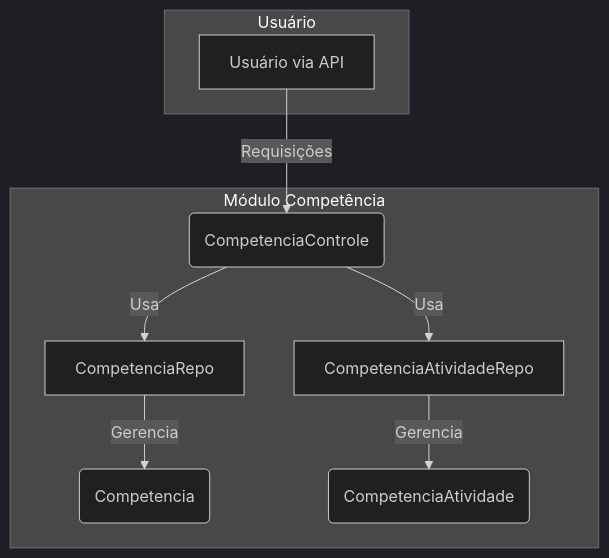
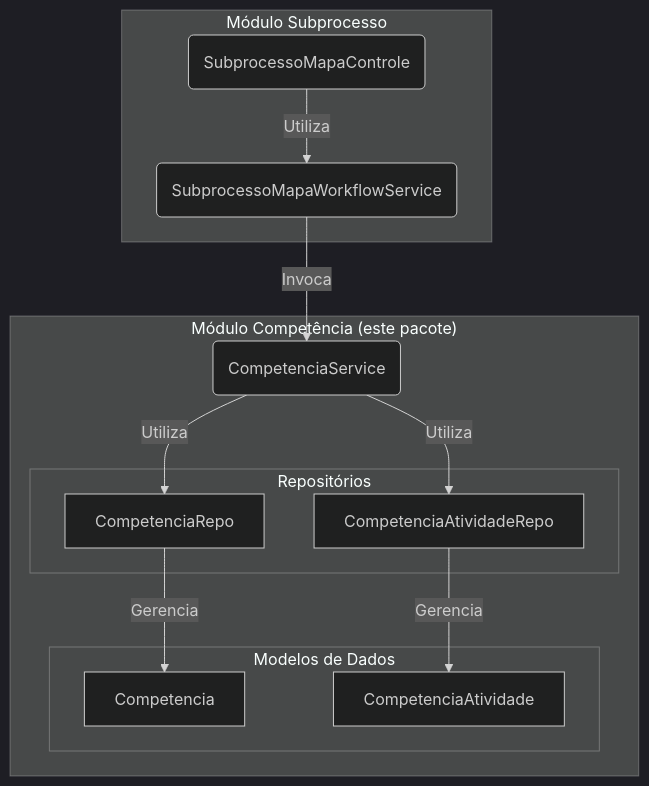
One commit to lgalvao/sgc changed the diagram in backend/src/main/java/sgc/competencia/README.md. Above: the diagram before and after it, drawn with Mermaid (dark theme). The commit also changed other lines of this file and 603 other files, not shown here.

````diff
--- a/backend/src/main/java/sgc/competencia/README.md
+++ b/backend/src/main/java/sgc/competencia/README.md
@@ -36,22 +11,27 @@
 ```mermaid
 graph TD
-    subgraph "Usuário"
-        U[Usuário via API]
+    subgraph "Módulo Subprocesso"
+        Controle(SubprocessoMapaControle)
+        WorkflowService(SubprocessoMapaWorkflowService)
     end
 
-    subgraph "Módulo Competência"
-        CC(CompetenciaControle)
-
-        CR[CompetenciaRepo]
-        CAR[CompetenciaAtividadeRepo]
-
-        C_E(Competencia)
-        CA_E(CompetenciaAtividade)
+    subgraph "Módulo Competência (este pacote)"
+        Service(CompetenciaService)
+        subgraph "Repositórios"
+            CompetenciaRepo
+            CompetenciaAtividadeRepo
+        end
+        subgraph "Modelos de Dados"
+            Competencia
+            CompetenciaAtividade
+        end
     end
 
-    U -- Requisições --> CC
-    CC -- Usa --> CR
-    CC -- Usa --> CAR
-    CR -- Gerencia --> C_E
-    CAR -- Gerencia --> CA_E
+    Controle -- Utiliza --> WorkflowService
+    WorkflowService -- Invoca --> Service
+
+    Service -- Utiliza --> CompetenciaRepo & CompetenciaAtividadeRepo
+
+    CompetenciaRepo -- Gerencia --> Competencia
+    CompetenciaAtividadeRepo -- Gerencia --> CompetenciaAtividade
 ```
````
